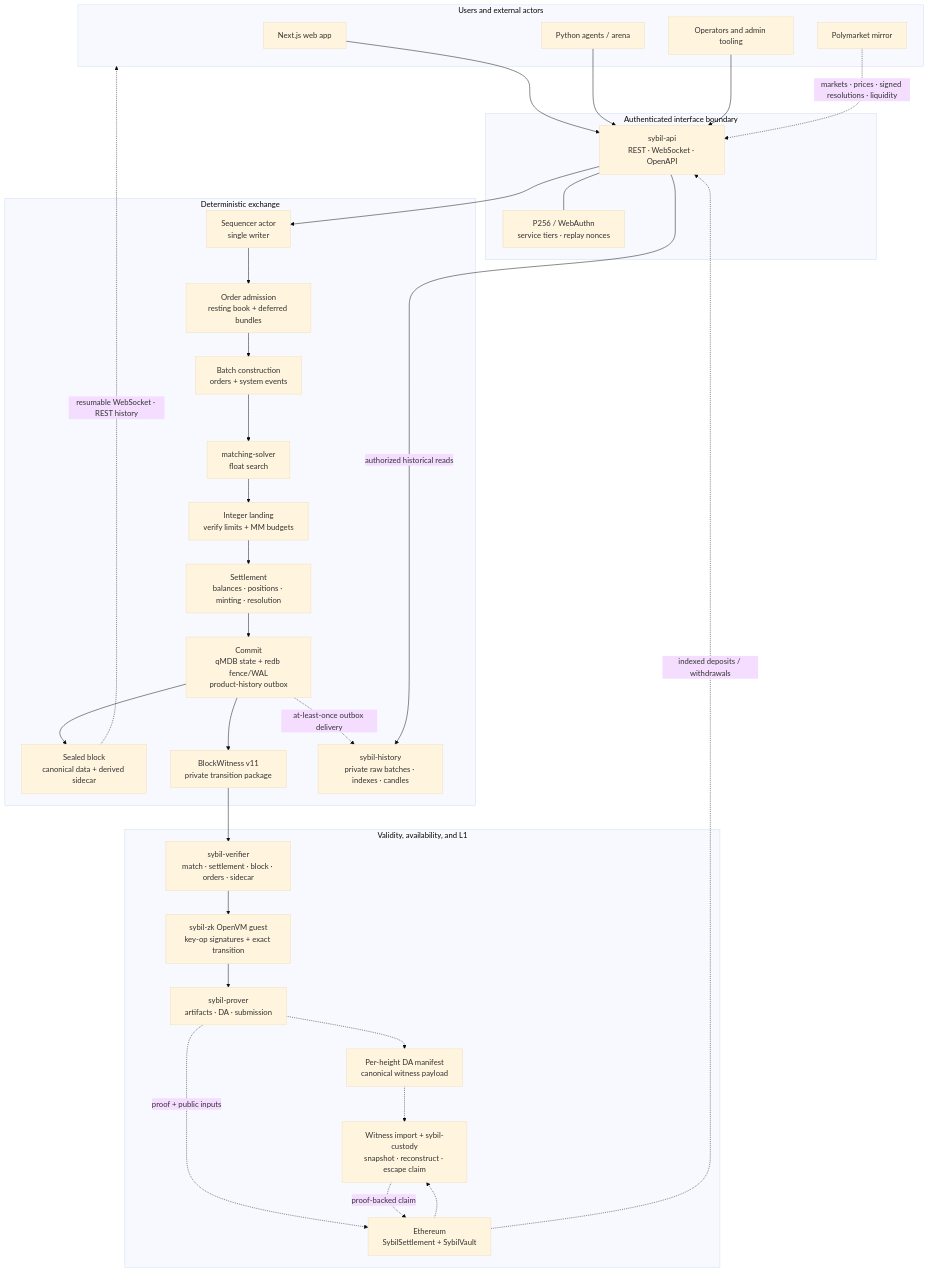
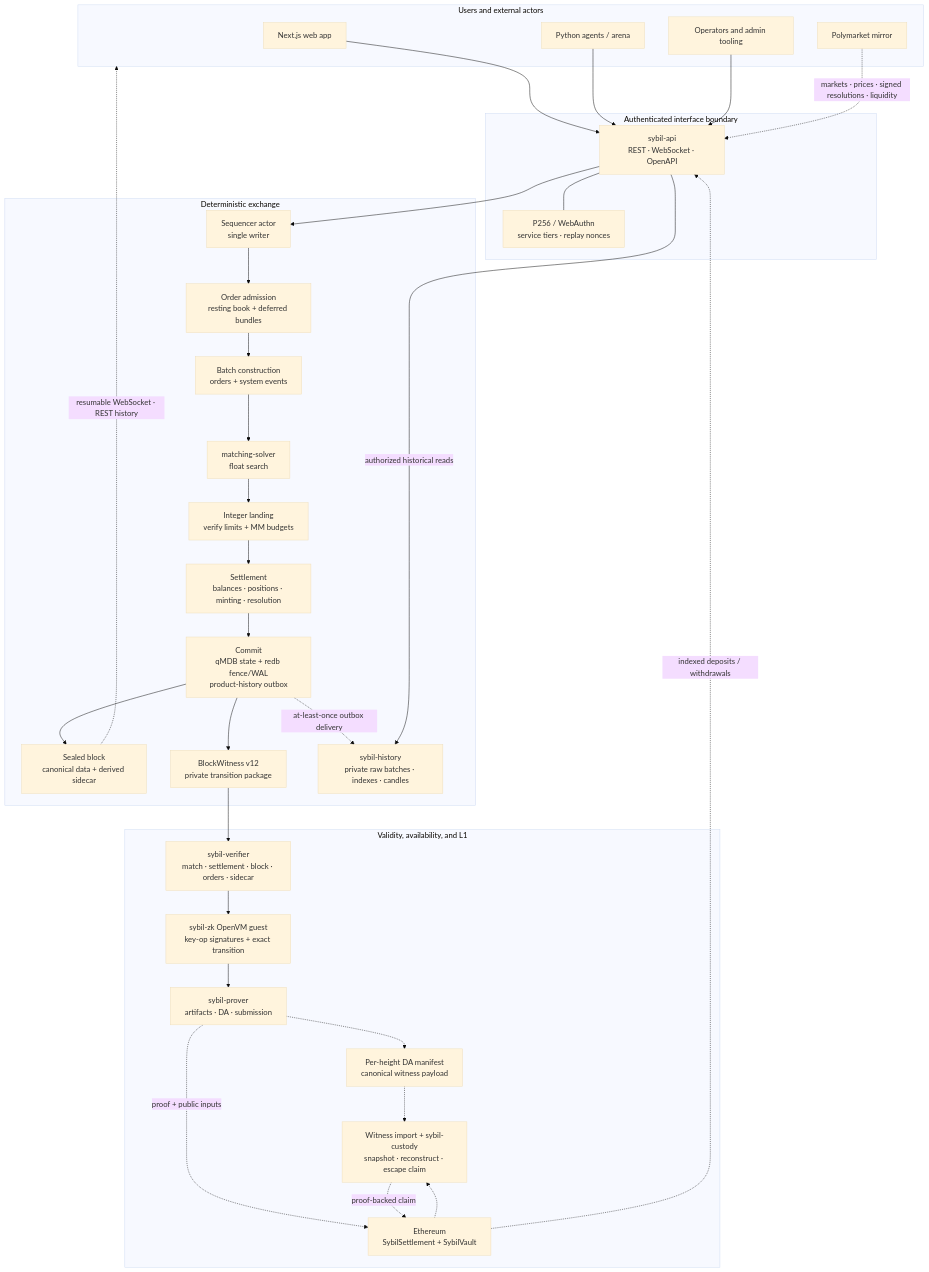
One commit to MetaB0y/sybil changed the first of 2 diagrams in docs/architecture/Sybil Architecture.md. Above: the diagram before and after it, drawn with Mermaid (base theme). The commit also changed other lines of this file and 55 other files, not shown here.

````diff
--- a/docs/architecture/Sybil Architecture.md
+++ b/docs/architecture/Sybil Architecture.md
@@ -21,58 +21,58 @@
 ```mermaid
 flowchart TB
     subgraph users["Users and external actors"]
         WEB["Next.js web app"]
         BOTS["Python agents / arena"]
         PM["Polymarket mirror"]
         OPS["Operators and admin tooling"]
     end
 
     subgraph edge["Authenticated interface boundary"]
         API["sybil-api<br/>REST · WebSocket · OpenAPI"]
         AUTH["P256 / WebAuthn<br/>service tiers · replay nonces"]
         API --- AUTH
     end
 
     subgraph exchange["Deterministic exchange"]
         ACTOR["Sequencer actor<br/>single writer"]
         ADMIT["Order admission<br/>resting book + deferred bundles"]
         BATCH["Batch construction<br/>orders + system events"]
         SOLVE["matching-solver<br/>float search"]
         LAND["Integer landing<br/>verify limits + MM budgets"]
         SETTLE["Settlement<br/>balances · positions · minting · resolution"]
         STORE["Commit<br/>qMDB state + redb fence/WAL<br/>product-history outbox"]
         BLOCK["Sealed block<br/>canonical data + derived sidecar"]
-        WIT["BlockWitness v11<br/>private transition package"]
+        WIT["BlockWitness v12<br/>private transition package"]
         HIST["sybil-history<br/>private raw batches · indexes · candles"]
 
         ACTOR --> ADMIT --> BATCH --> SOLVE --> LAND --> SETTLE --> STORE
         STORE --> BLOCK
         STORE --> WIT
         STORE -.->|"at-least-once outbox delivery"| HIST
     end
 
     subgraph validity["Validity, availability, and L1"]
         VERIFY["sybil-verifier<br/>match · settlement · block · orders · sidecar"]
         GUEST["sybil-zk OpenVM guest<br/>key-op signatures + exact transition"]
         PROVER["sybil-prover<br/>artifacts · DA · submission"]
         DA["Per-height DA manifest<br/>canonical witness payload"]
         L1["Ethereum<br/>SybilSettlement + SybilVault"]
         ESCAPE["Witness import + sybil-custody<br/>snapshot · reconstruct · escape claim"]
 
         WIT --> VERIFY --> GUEST --> PROVER
         PROVER -.-> DA
         PROVER -.->|"proof + public inputs"| L1
         DA -.-> ESCAPE
         L1 -.-> ESCAPE
         ESCAPE -.->|"proof-backed claim"| L1
     end
 
     WEB --> API
     BOTS --> API
     OPS --> API
     PM -.->|"markets · prices · signed resolutions · liquidity"| API
     API --> ACTOR
     API -->|"authorized historical reads"| HIST
     BLOCK -.->|"resumable WebSocket · REST history"| users
     L1 -.->|"indexed deposits / withdrawals"| API
 ```
````
